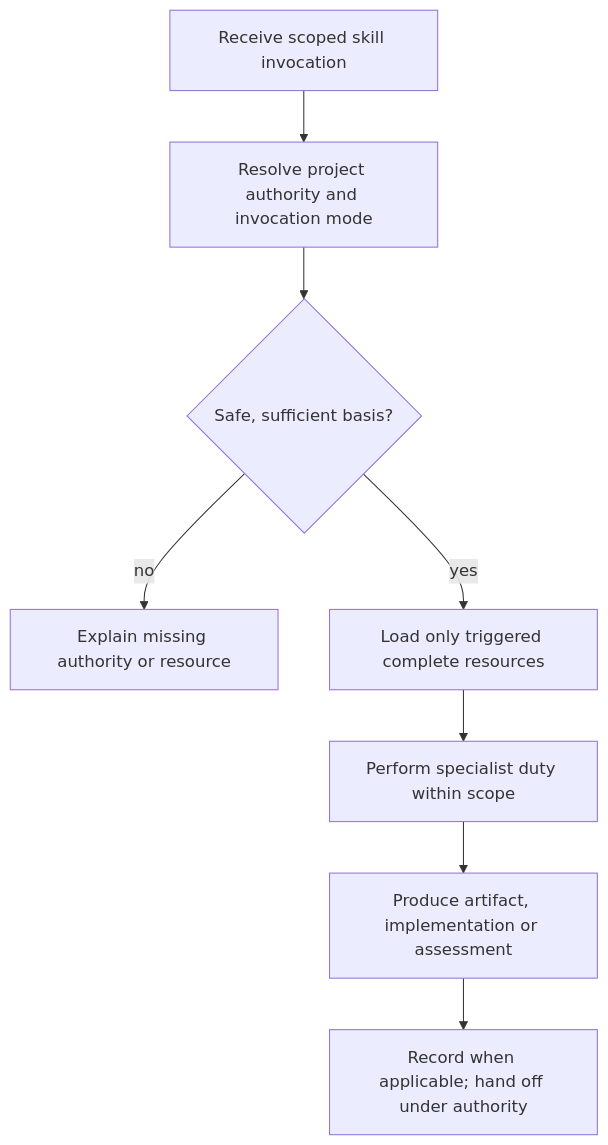
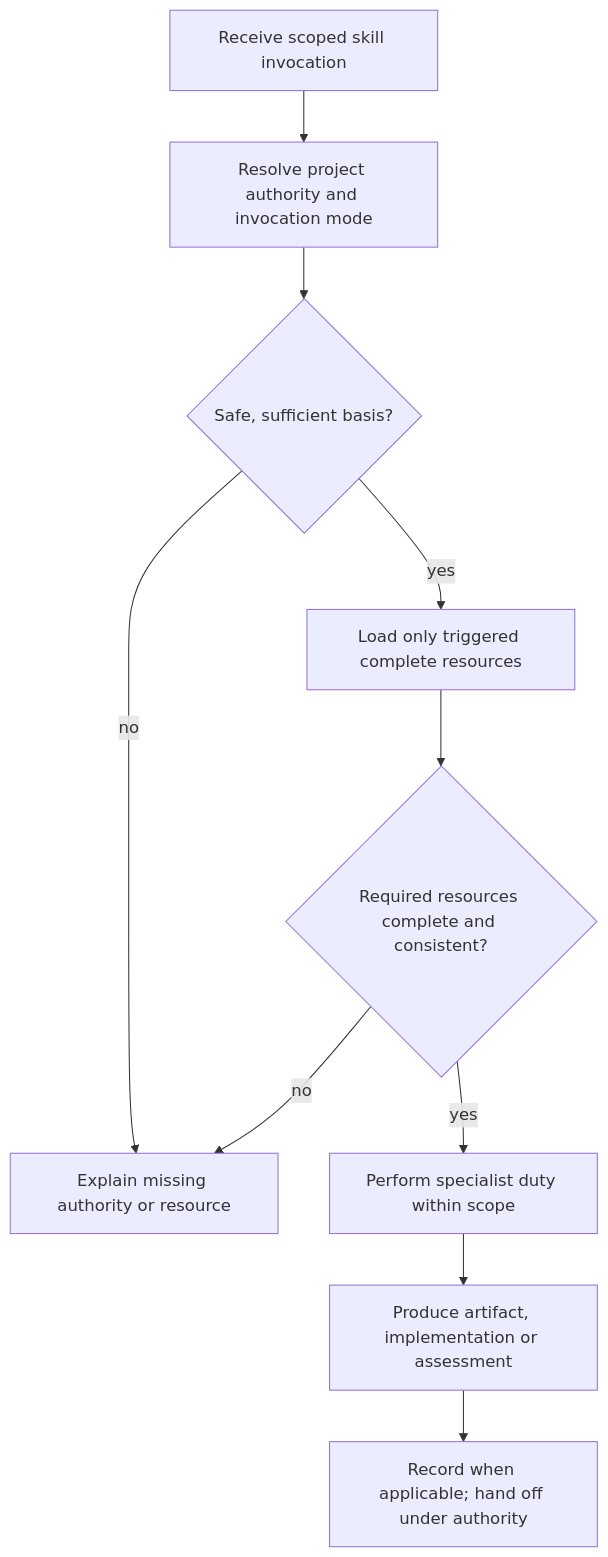
Before and after one commit to xiongxianfei/rigorloop: the fourth of 5 diagrams in docs/design/skill/skill.md, drawn with Mermaid. The commit also changed other lines of this file and 4 other files, not shown here.

````diff
--- a/docs/design/skill/skill.md
+++ b/docs/design/skill/skill.md
@@ -165,10 +169,12 @@
 ```mermaid
 flowchart TB
     Invoke["Receive scoped skill invocation"] --> Resolve["Resolve project authority and invocation mode"]
     Resolve --> Valid{"Safe, sufficient basis?"}
     Valid -->|"no"| Stop["Explain missing authority or resource"]
     Valid -->|"yes"| Load["Load only triggered complete resources"]
-    Load --> Work["Perform specialist duty within scope"]
+    Load --> Ready{"Required resources complete and consistent?"}
+    Ready -->|"no"| Stop
+    Ready -->|"yes"| Work["Perform specialist duty within scope"]
     Work --> Output["Produce artifact, implementation or assessment"]
     Output --> Record["Record when applicable; hand off under authority"]
 ```
````
